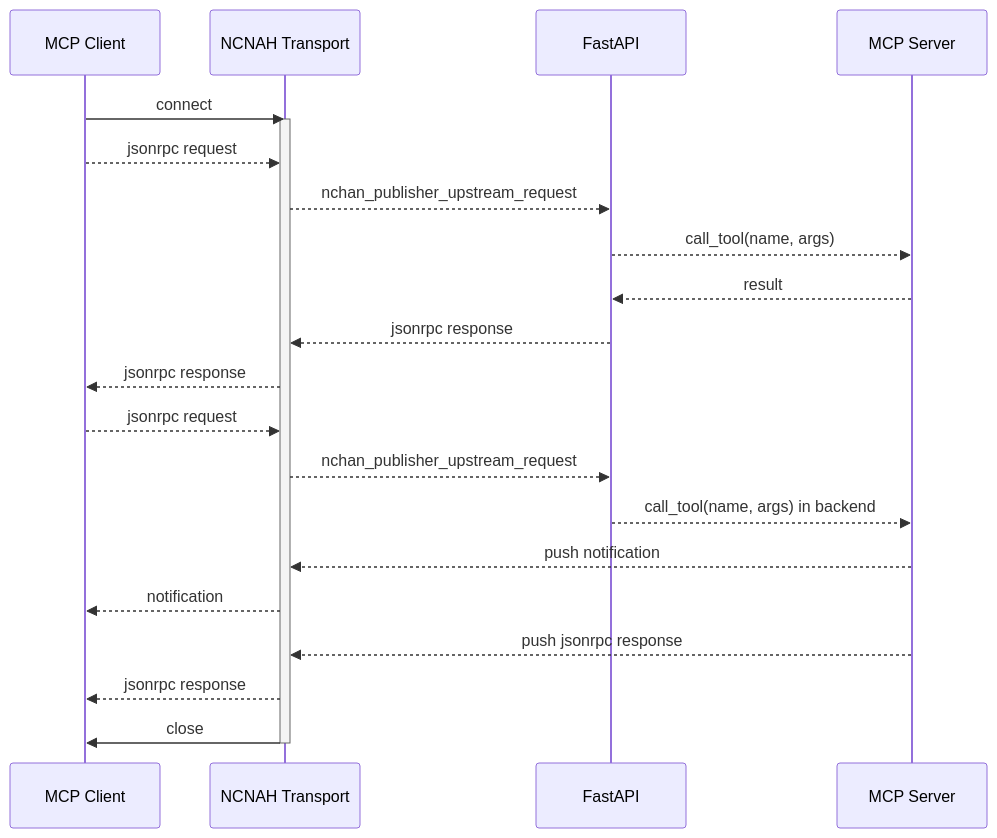
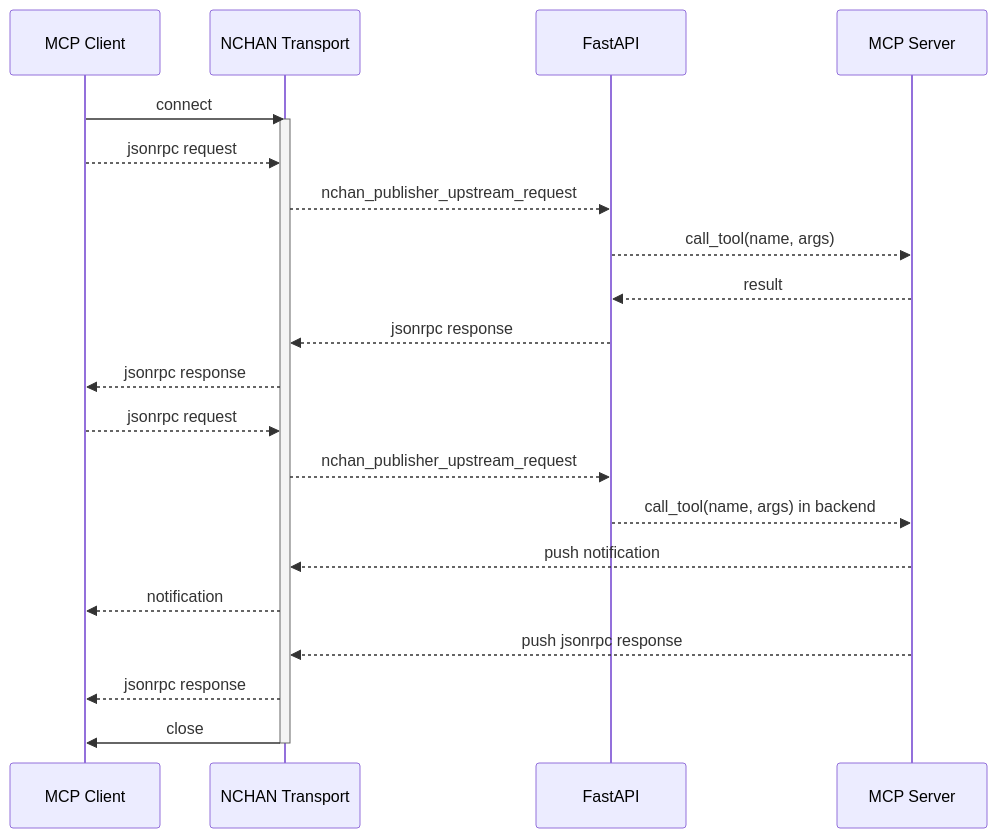
The diagram in docs/MCP Communication Flow.md (Davywhalewillrock/nchan-mcp-transport), drawn with Mermaid before and after one commit. The commit also changed other lines of this file, not shown here.

Commit message:
update flow

````diff
--- a/docs/MCP Communication Flow.md
+++ b/docs/MCP Communication Flow.md
@@ -9,21 +9,21 @@
 ```mermaid
 sequenceDiagram
-  MCP Client->>NCNAH Transport: connect
-  activate NCNAH Transport
-  MCP Client-->>NCNAH Transport: jsonrpc request
-  NCNAH Transport-->>FastAPI: nchan_publisher_upstream_request
+  MCP Client->>NCHAN Transport: connect
+  activate NCHAN Transport
+  MCP Client-->>NCHAN Transport: jsonrpc request
+  NCHAN Transport-->>FastAPI: nchan_publisher_upstream_request
   FastAPI-->>MCP Server: call_tool(name, args)
   MCP Server-->>FastAPI: result
-  FastAPI-->>NCNAH Transport: jsonrpc response
-  NCNAH Transport-->> MCP Client: jsonrpc response
+  FastAPI-->>NCHAN Transport: jsonrpc response
+  NCHAN Transport-->> MCP Client: jsonrpc response
   
-  MCP Client-->>NCNAH Transport: jsonrpc request
-  NCNAH Transport-->>FastAPI: nchan_publisher_upstream_request
+  MCP Client-->>NCHAN Transport: jsonrpc request
+  NCHAN Transport-->>FastAPI: nchan_publisher_upstream_request
   FastAPI-->>MCP Server: call_tool(name, args) in backend
-  MCP Server-->>NCNAH Transport: push notification
-  NCNAH Transport-->> MCP Client: notification
-  MCP Server-->>NCNAH Transport: push jsonrpc response
-  NCNAH Transport-->> MCP Client: jsonrpc response
-  NCNAH Transport->> MCP Client: close
-  deactivate NCNAH Transport
+  MCP Server-->>NCHAN Transport: push notification
+  NCHAN Transport-->> MCP Client: notification
+  MCP Server-->>NCHAN Transport: push jsonrpc response
+  NCHAN Transport-->> MCP Client: jsonrpc response
+  NCHAN Transport->> MCP Client: close
+  deactivate NCHAN Transport
 ```
````
